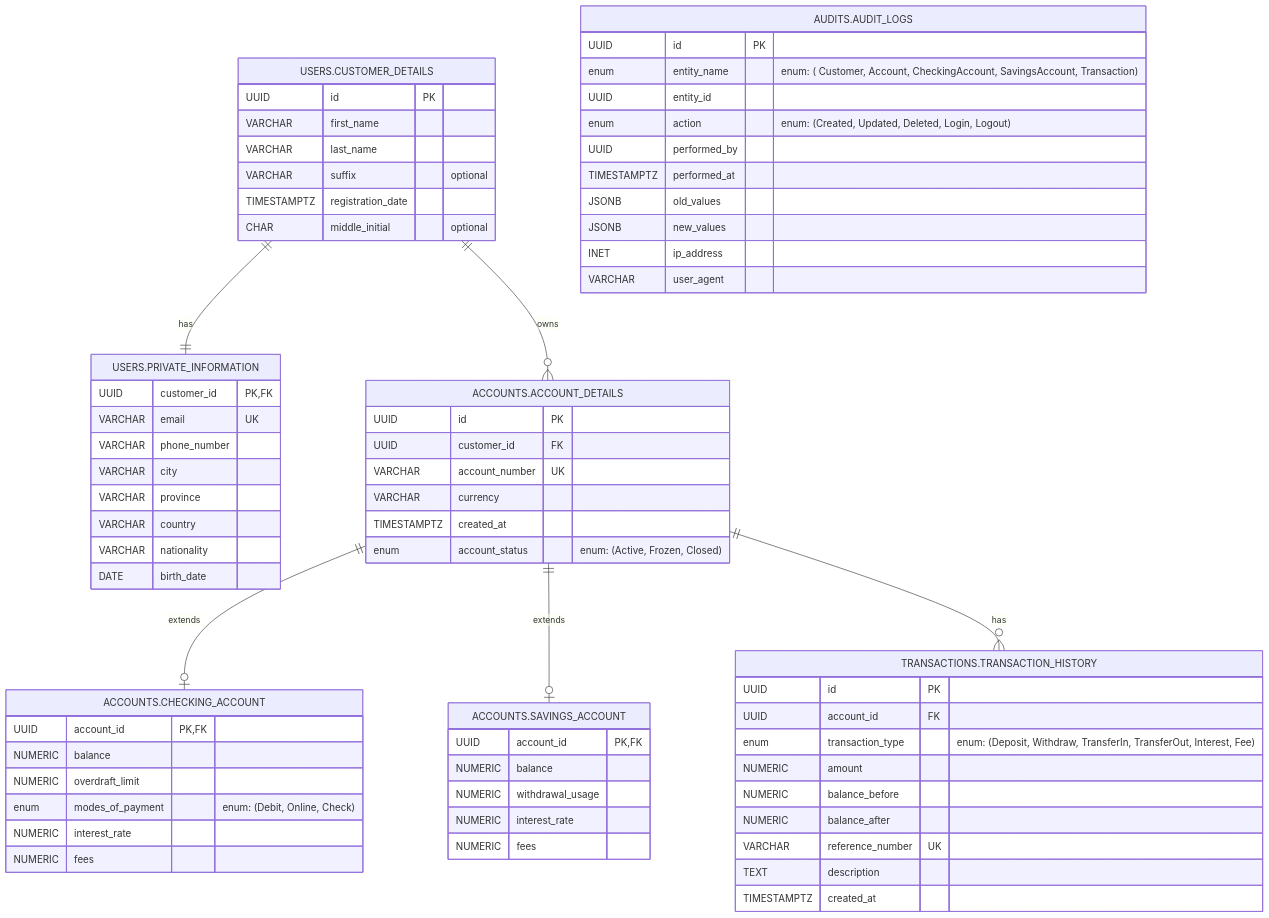
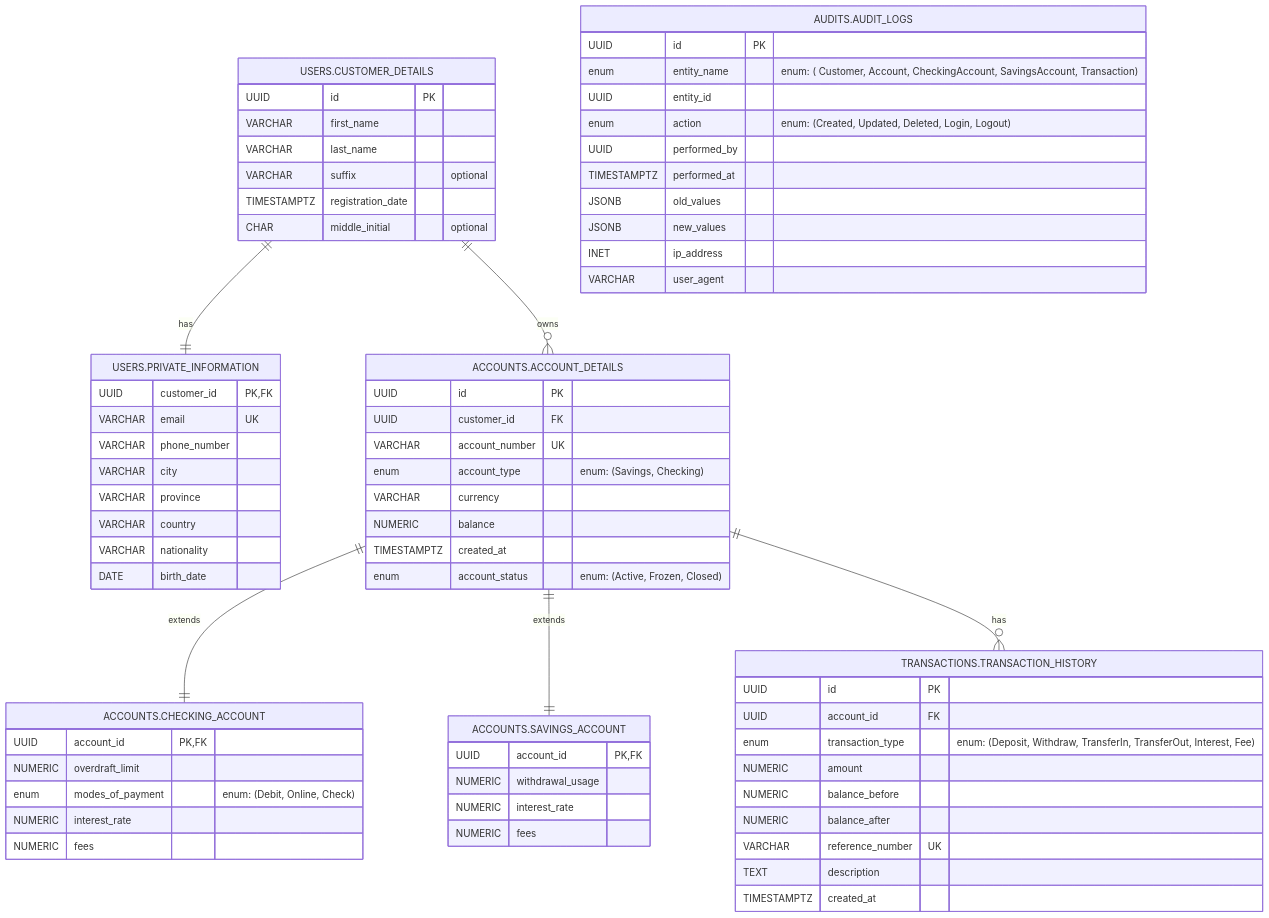
The diagram in docs/ERD/CSBANK.md (Jherson-Aguto/BankingSystem), drawn with Mermaid before and after one commit.

Commit message:
updated ERD

````diff
--- a/docs/ERD/CSBANK.md
+++ b/docs/ERD/CSBANK.md
@@ -10,79 +10,79 @@
 ```mermaid
 erDiagram
     USERS.CUSTOMER_DETAILS ||--|| USERS.PRIVATE_INFORMATION : has
     USERS.CUSTOMER_DETAILS ||--o{ ACCOUNTS.ACCOUNT_DETAILS : owns
-    ACCOUNTS.ACCOUNT_DETAILS ||--o| ACCOUNTS.CHECKING_ACCOUNT : extends
-    ACCOUNTS.ACCOUNT_DETAILS ||--o| ACCOUNTS.SAVINGS_ACCOUNT : extends
+    ACCOUNTS.ACCOUNT_DETAILS ||--|| ACCOUNTS.CHECKING_ACCOUNT : extends
+    ACCOUNTS.ACCOUNT_DETAILS ||--|| ACCOUNTS.SAVINGS_ACCOUNT : extends
     ACCOUNTS.ACCOUNT_DETAILS ||--o{ TRANSACTIONS.TRANSACTION_HISTORY : has
 
     USERS.CUSTOMER_DETAILS {
         UUID id PK
         VARCHAR first_name
         VARCHAR last_name
         VARCHAR suffix "optional"
         TIMESTAMPTZ registration_date
         CHAR middle_initial "optional"
     }
     
     USERS.PRIVATE_INFORMATION {
         UUID customer_id PK,FK
         VARCHAR email UK
         VARCHAR phone_number
         VARCHAR city
         VARCHAR province
         VARCHAR country
         VARCHAR nationality
         DATE birth_date
     }
 
     ACCOUNTS.ACCOUNT_DETAILS{
         UUID id PK
         UUID customer_id FK
         VARCHAR account_number UK
+        enum account_type "enum: (Savings, Checking)"
         VARCHAR currency
+        NUMERIC balance
         TIMESTAMPTZ created_at
         enum account_status "enum: (Active, Frozen, Closed)"
     }
 
     ACCOUNTS.CHECKING_ACCOUNT{
         UUID account_id PK,FK
-        NUMERIC balance
         NUMERIC overdraft_limit
         enum modes_of_payment "enum: (Debit, Online, Check)"
         NUMERIC interest_rate
         NUMERIC fees
     }
 
     ACCOUNTS.SAVINGS_ACCOUNT{
         UUID account_id PK,FK
-        NUMERIC balance
         NUMERIC withdrawal_usage
         NUMERIC interest_rate
         NUMERIC fees
     }
 
     AUDITS.AUDIT_LOGS{
         UUID id PK
         enum entity_name "enum: ( Customer, Account, CheckingAccount, SavingsAccount, Transaction)"
         UUID entity_id
         enum action "enum: (Created, Updated, Deleted, Login, Logout)"
         UUID performed_by
         TIMESTAMPTZ performed_at
         JSONB old_values
         JSONB new_values
         INET ip_address
         VARCHAR user_agent
     }
 
     TRANSACTIONS.TRANSACTION_HISTORY{
         UUID id PK
         UUID account_id FK
         enum transaction_type "enum: (Deposit, Withdraw, TransferIn, TransferOut, Interest, Fee)"
         NUMERIC amount
         NUMERIC balance_before
         NUMERIC balance_after
         VARCHAR reference_number UK
         TEXT description
         TIMESTAMPTZ created_at 
     }
 ```
````
